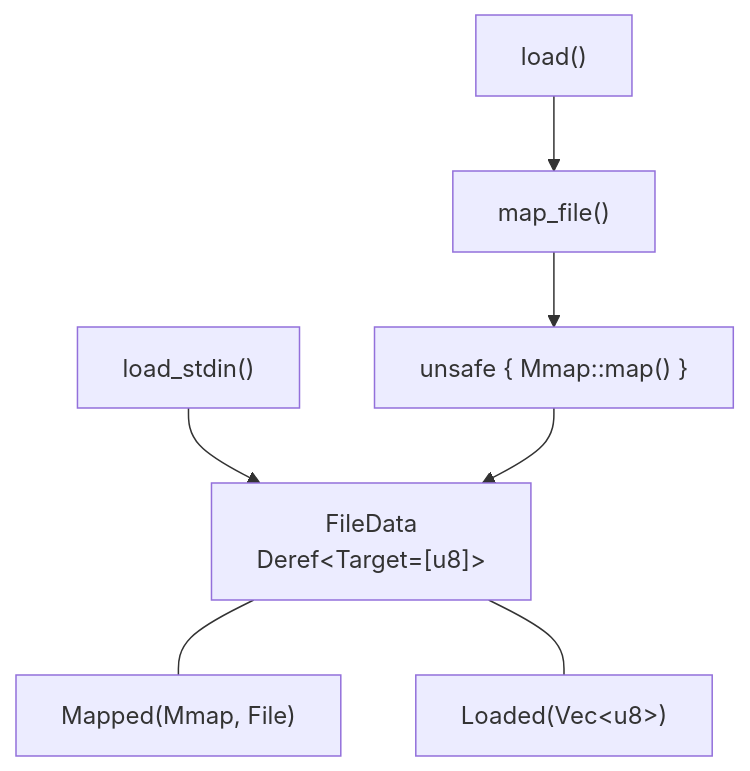
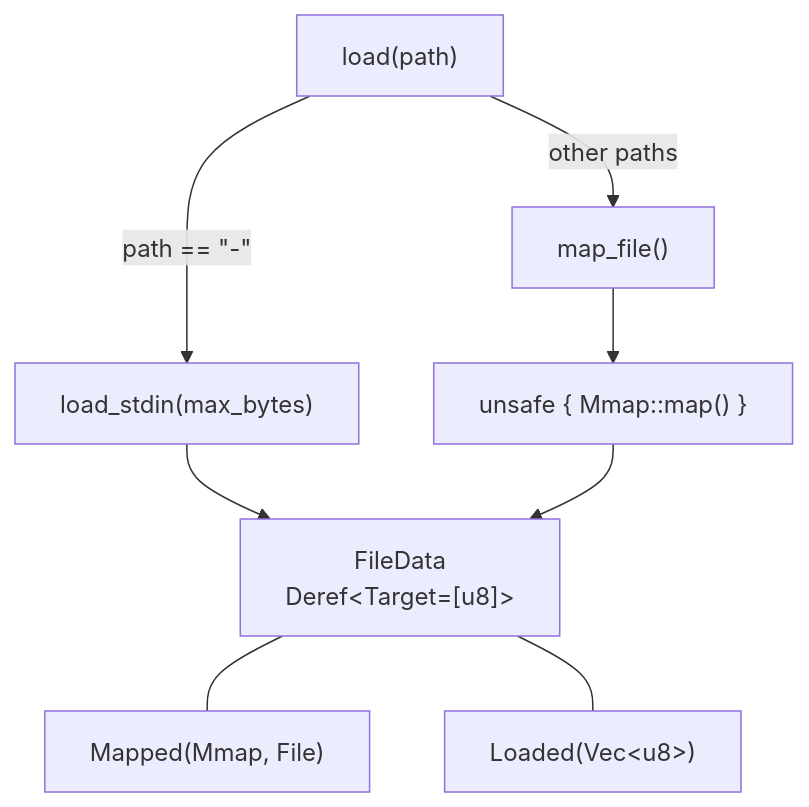
One commit to EvilBit-Labs/mmap-guard changed the diagram in README.md. Above: the diagram before and after it, drawn with Mermaid. The commit also changed other lines of this file, not shown here.

Commit message:
feat(docs): update README to clarify load function behavior

````diff
--- a/README.md
+++ b/README.md
@@ -73,9 +73,10 @@
 ```mermaid
 graph TD
-    load["load()"] --> map_file
-    load_stdin["load_stdin()"] --> FileData
+    load["load(path)"] -->|path == &quot;-&quot;| load_stdin
+    load -->|other paths| map_file
+    load_stdin["load_stdin(max_bytes)"] --> FileData
     map_file["map_file()"] --> unsafe["unsafe { Mmap::map() }"]
     unsafe --> FileData["FileData<br/>Deref&lt;Target=[u8]&gt;"]
     FileData --- Mapped["Mapped(Mmap, File)"]
     FileData --- Loaded["Loaded(Vec&lt;u8&gt;)"]
 ```
````
